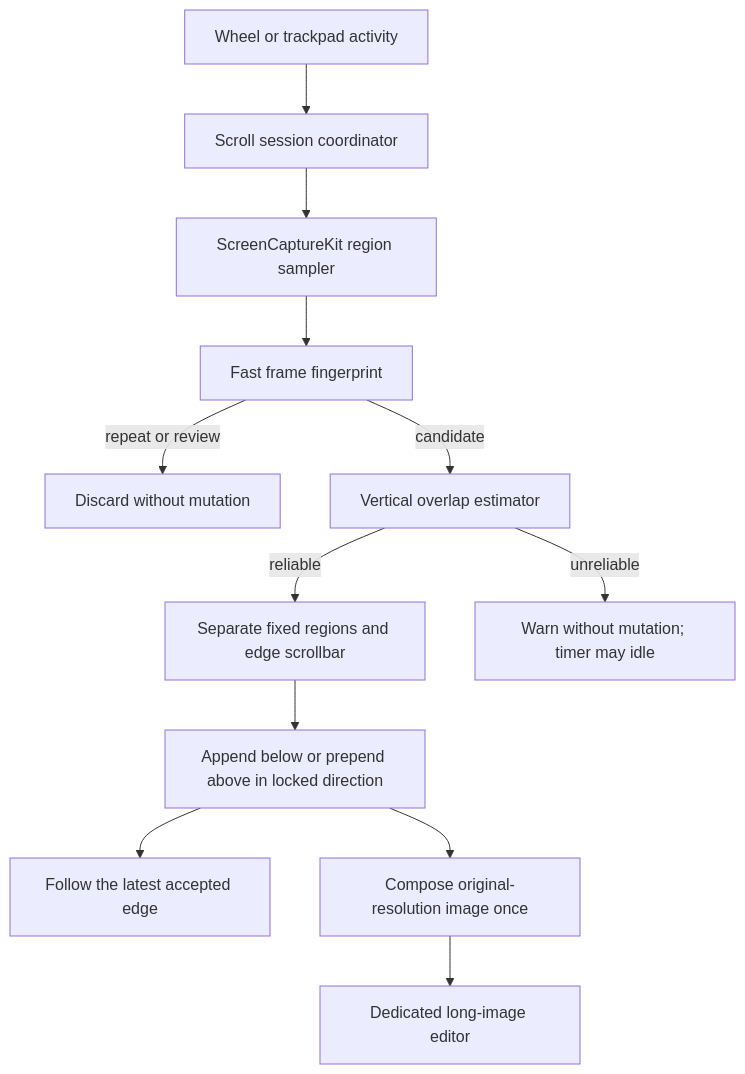
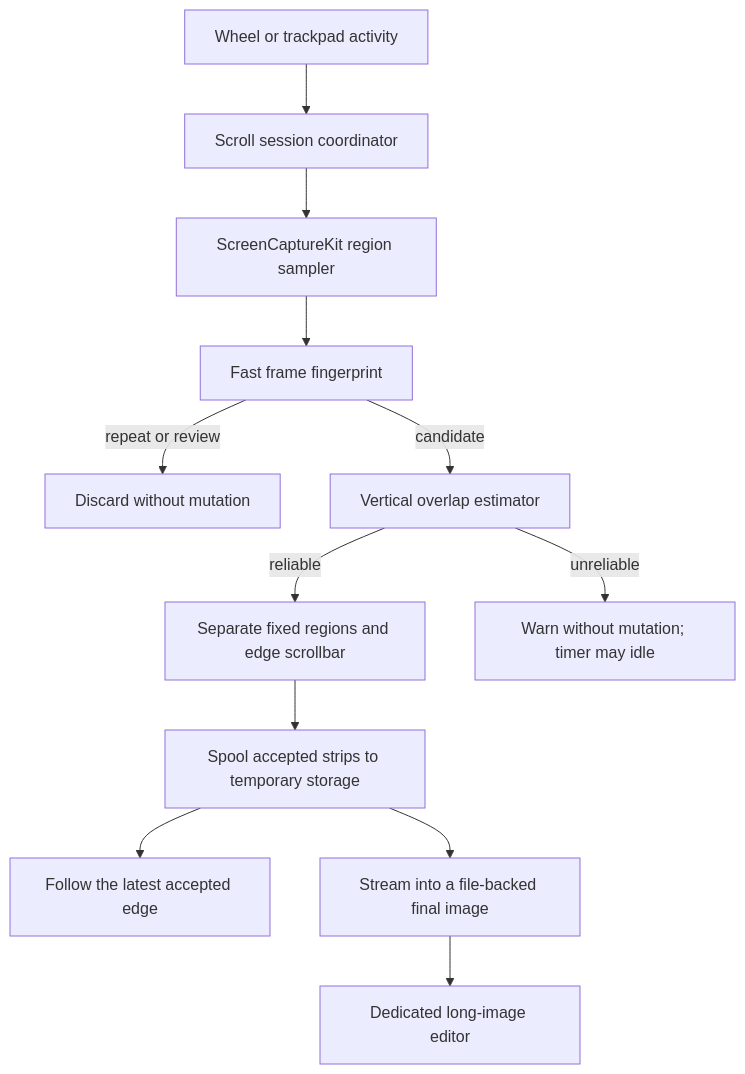
Before and after one commit to 0xkevin/xxsnap: the second of 2 diagrams in docs/superpowers/specs/2026-07-11-scroll-capture-design.md, drawn with Mermaid. The commit also changed other lines of this file and 29 other files, not shown here.

````diff
--- a/docs/superpowers/specs/2026-07-11-scroll-capture-design.md
+++ b/docs/superpowers/specs/2026-07-11-scroll-capture-design.md
@@ -153,14 +153,14 @@
 ```mermaid
 flowchart TB
   Input[Wheel or trackpad activity] --> Session[Scroll session coordinator]
   Session --> Capture[ScreenCaptureKit region sampler]
   Capture --> Fingerprint[Fast frame fingerprint]
   Fingerprint -->|repeat or review| Discard[Discard without mutation]
   Fingerprint -->|candidate| Match[Vertical overlap estimator]
   Match -->|reliable| Fixed[Separate fixed regions and edge scrollbar]
-  Fixed --> Segments[Append below or prepend above in locked direction]
+  Fixed --> Segments[Spool accepted strips to temporary storage]
   Segments --> Preview[Follow the latest accepted edge]
   Match -->|unreliable| Warn[Warn without mutation; timer may idle]
-  Segments --> Finalize[Compose original-resolution image once]
+  Segments --> Finalize[Stream into a file-backed final image]
   Finalize --> Editor[Dedicated long-image editor]
 ```
````
